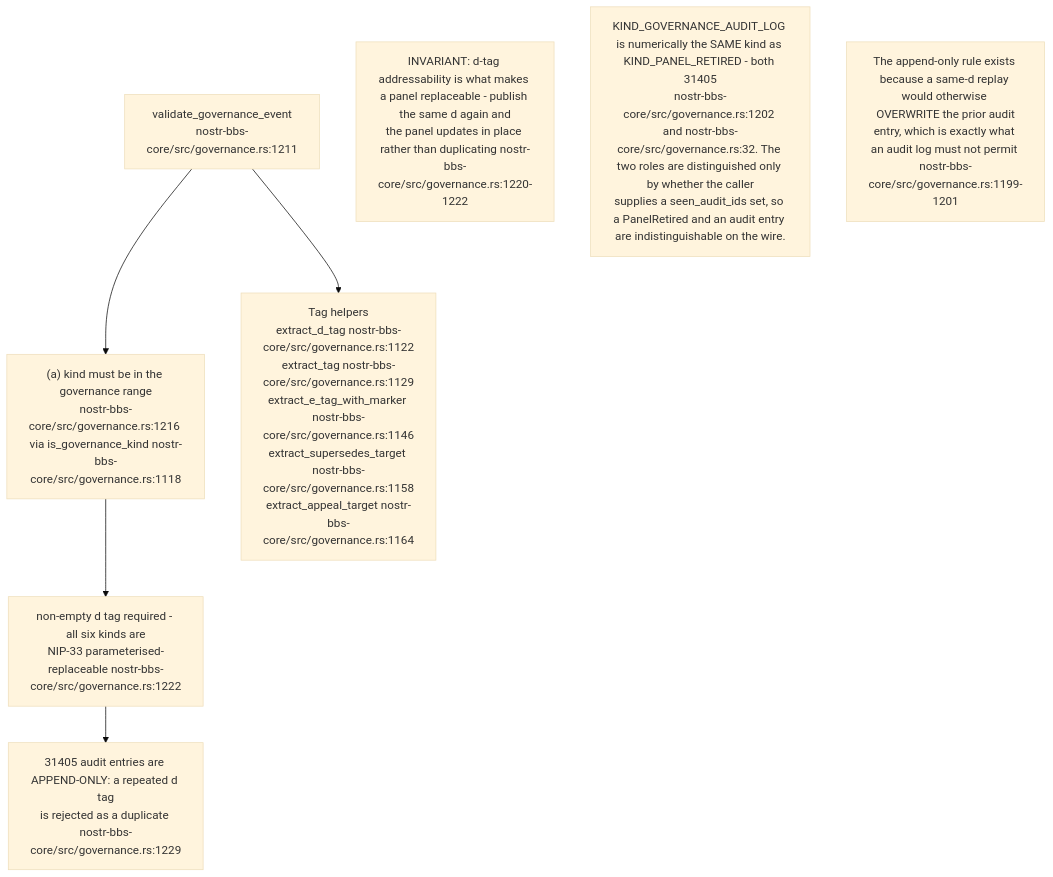
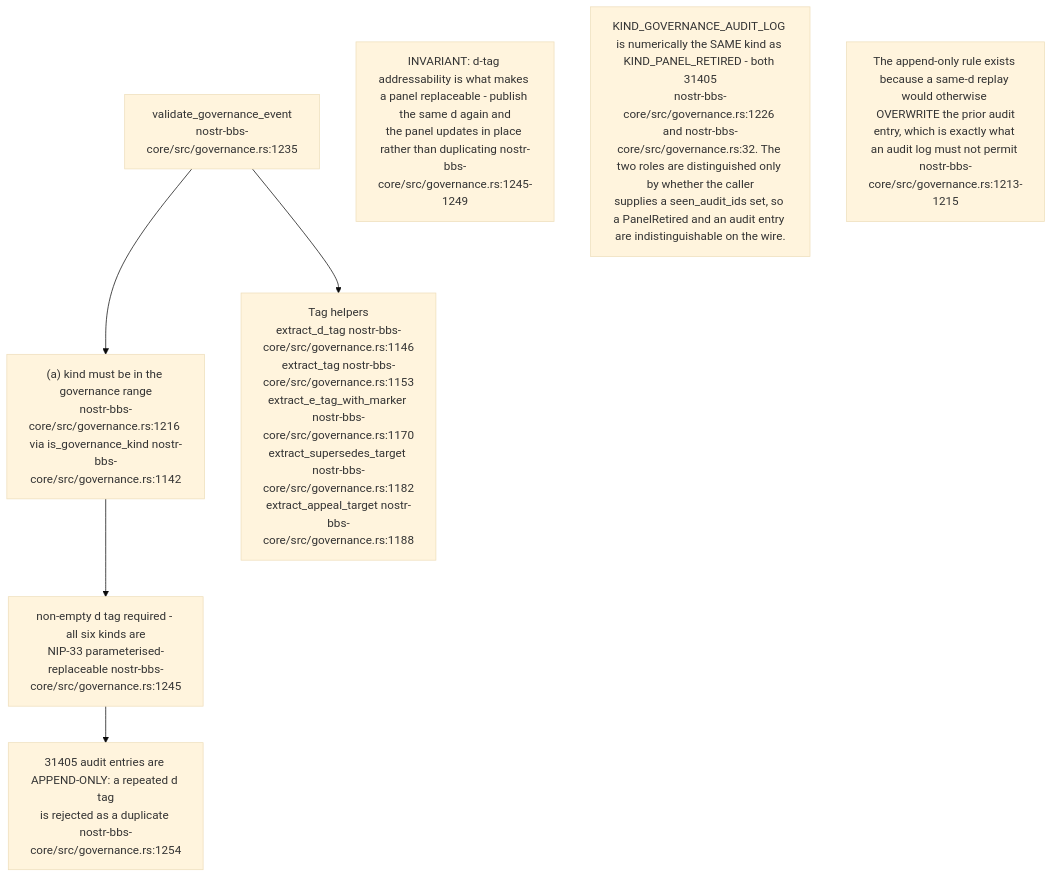
The second of 16 diagrams in docs/diagrams/nostr-rust-forum/06-agent-control-surface-31400-31405.md (DreamLab-AI/VisionFlow), drawn with Mermaid (base theme) before and after one commit. The commit also changed other lines of this file and 111 other files, not shown here.

Commit message:
docs(diagrams): align estate maps with current source

````diff
--- a/docs/diagrams/nostr-rust-forum/06-agent-control-surface-31400-31405.md
+++ b/docs/diagrams/nostr-rust-forum/06-agent-control-surface-31400-31405.md
@@ -68,15 +68,15 @@
 ```mermaid
 flowchart TB
-    V["validate_governance_event<br/>nostr-bbs-core/src/governance.rs:1211"]
-    K["(a) kind must be in the governance range<br/>nostr-bbs-core/src/governance.rs:1216 via is_governance_kind nostr-bbs-core/src/governance.rs:1118"]
-    D["non-empty d tag required - all six kinds are<br/>NIP-33 parameterised-replaceable nostr-bbs-core/src/governance.rs:1222"]
-    AUD["31405 audit entries are APPEND-ONLY: a repeated d tag<br/>is rejected as a duplicate nostr-bbs-core/src/governance.rs:1229"]
-    HELP["Tag helpers<br/>extract_d_tag nostr-bbs-core/src/governance.rs:1122<br/>extract_tag nostr-bbs-core/src/governance.rs:1129<br/>extract_e_tag_with_marker nostr-bbs-core/src/governance.rs:1146<br/>extract_supersedes_target nostr-bbs-core/src/governance.rs:1158<br/>extract_appeal_target nostr-bbs-core/src/governance.rs:1164"]
+    V["validate_governance_event<br/>nostr-bbs-core/src/governance.rs:1235"]
+    K["(a) kind must be in the governance range<br/>nostr-bbs-core/src/governance.rs:1216 via is_governance_kind nostr-bbs-core/src/governance.rs:1142"]
+    D["non-empty d tag required - all six kinds are<br/>NIP-33 parameterised-replaceable nostr-bbs-core/src/governance.rs:1245"]
+    AUD["31405 audit entries are APPEND-ONLY: a repeated d tag<br/>is rejected as a duplicate nostr-bbs-core/src/governance.rs:1254"]
+    HELP["Tag helpers<br/>extract_d_tag nostr-bbs-core/src/governance.rs:1146<br/>extract_tag nostr-bbs-core/src/governance.rs:1153<br/>extract_e_tag_with_marker nostr-bbs-core/src/governance.rs:1170<br/>extract_supersedes_target nostr-bbs-core/src/governance.rs:1182<br/>extract_appeal_target nostr-bbs-core/src/governance.rs:1188"]
 
     V --> K --> D --> AUD
     V --> HELP
 
-    N1["INVARIANT: d-tag addressability is what makes a panel replaceable - publish the same d again and<br/>the panel updates in place rather than duplicating nostr-bbs-core/src/governance.rs:1220-1222"]
-    N2["KIND_GOVERNANCE_AUDIT_LOG is numerically the SAME kind as KIND_PANEL_RETIRED - both 31405<br/>nostr-bbs-core/src/governance.rs:1202 and nostr-bbs-core/src/governance.rs:32. The two roles are distinguished only by whether the caller<br/>supplies a seen_audit_ids set, so a PanelRetired and an audit entry are indistinguishable on the wire."]
-    N3["The append-only rule exists because a same-d replay would otherwise OVERWRITE the prior audit<br/>entry, which is exactly what an audit log must not permit nostr-bbs-core/src/governance.rs:1199-1201"]
+    N1["INVARIANT: d-tag addressability is what makes a panel replaceable - publish the same d again and<br/>the panel updates in place rather than duplicating nostr-bbs-core/src/governance.rs:1245-1249"]
+    N2["KIND_GOVERNANCE_AUDIT_LOG is numerically the SAME kind as KIND_PANEL_RETIRED - both 31405<br/>nostr-bbs-core/src/governance.rs:1226 and nostr-bbs-core/src/governance.rs:32. The two roles are distinguished only by whether the caller<br/>supplies a seen_audit_ids set, so a PanelRetired and an audit entry are indistinguishable on the wire."]
+    N3["The append-only rule exists because a same-d replay would otherwise OVERWRITE the prior audit<br/>entry, which is exactly what an audit log must not permit nostr-bbs-core/src/governance.rs:1213-1215"]
 ```
````
